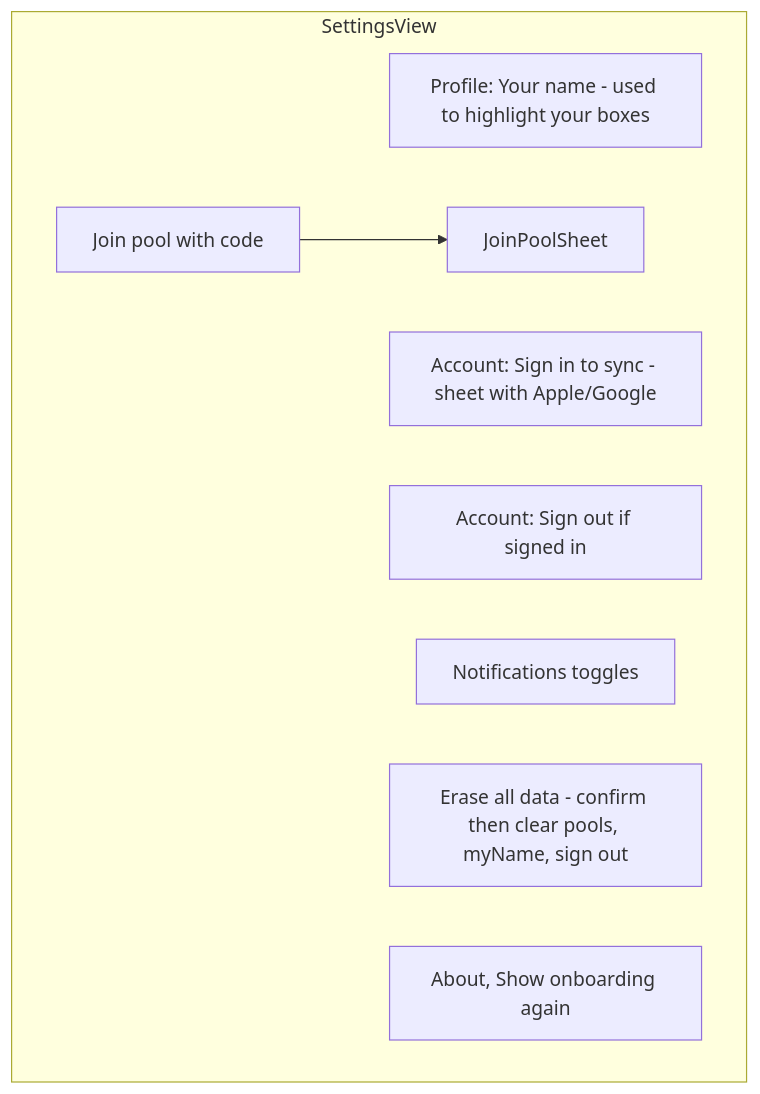
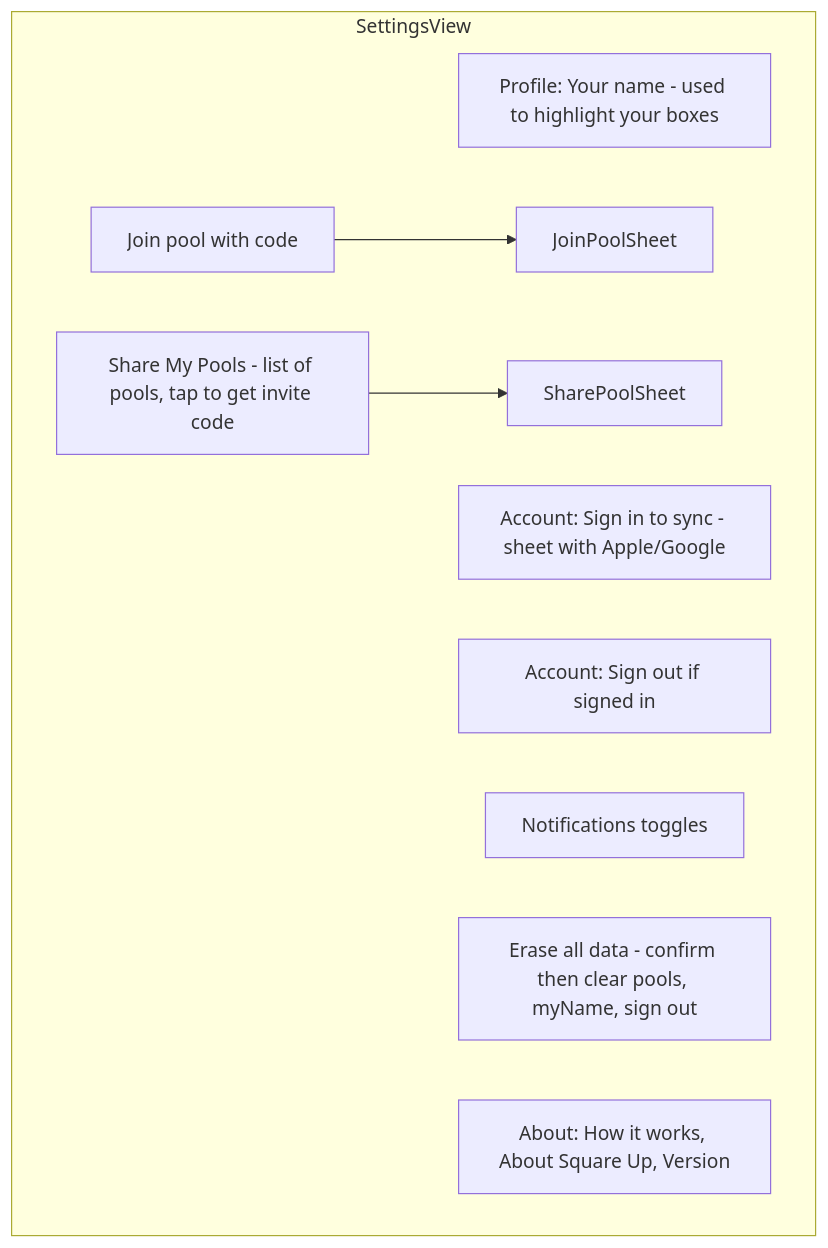
One commit to mcapace/superbowlbox changed the ninth of 12 diagrams in docs/APP_FLOW.md. Above: the diagram before and after it, drawn with Mermaid. The commit also changed other lines of this file and 2 other files, not shown here.

First line of the commit message:
Docs: update schemas, workflows, and mermaid flow charts

````diff
--- a/docs/APP_FLOW.md
+++ b/docs/APP_FLOW.md
@@ -191,13 +193,15 @@
 ```mermaid
 flowchart TD
     subgraph Settings["SettingsView"]
         SV0[Profile: Your name - used to highlight your boxes]
         SV1[Account: Sign in to sync - sheet with Apple/Google]
         SV2[Account: Sign out if signed in]
         SV3[Notifications toggles]
         SV4[Join pool with code]
-        SV5[Erase all data - confirm then clear pools, myName, sign out]
-        SV6[About, Show onboarding again]
+        SV5[Share My Pools - list of pools, tap to get invite code]
+        SV6[Erase all data - confirm then clear pools, myName, sign out]
+        SV7[About: How it works, About Square Up, Version]
         SV4 --> JoinPoolSheet
+        SV5 --> SharePoolSheet
     end
 ```
````
